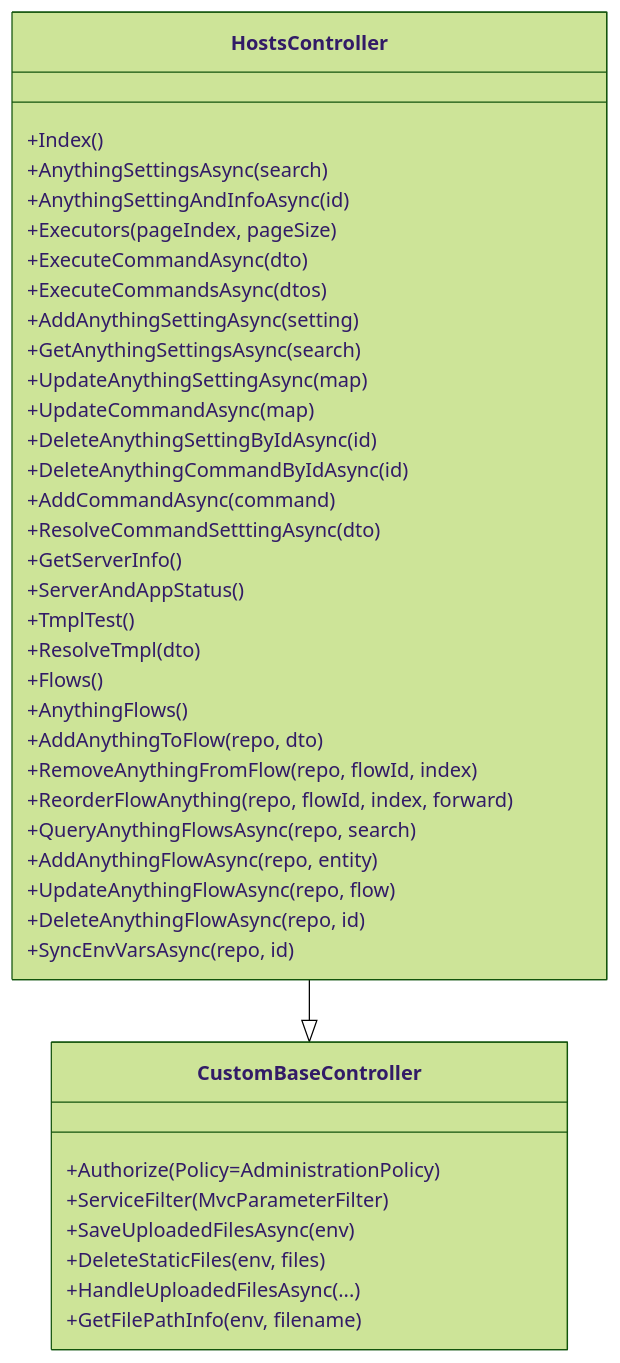
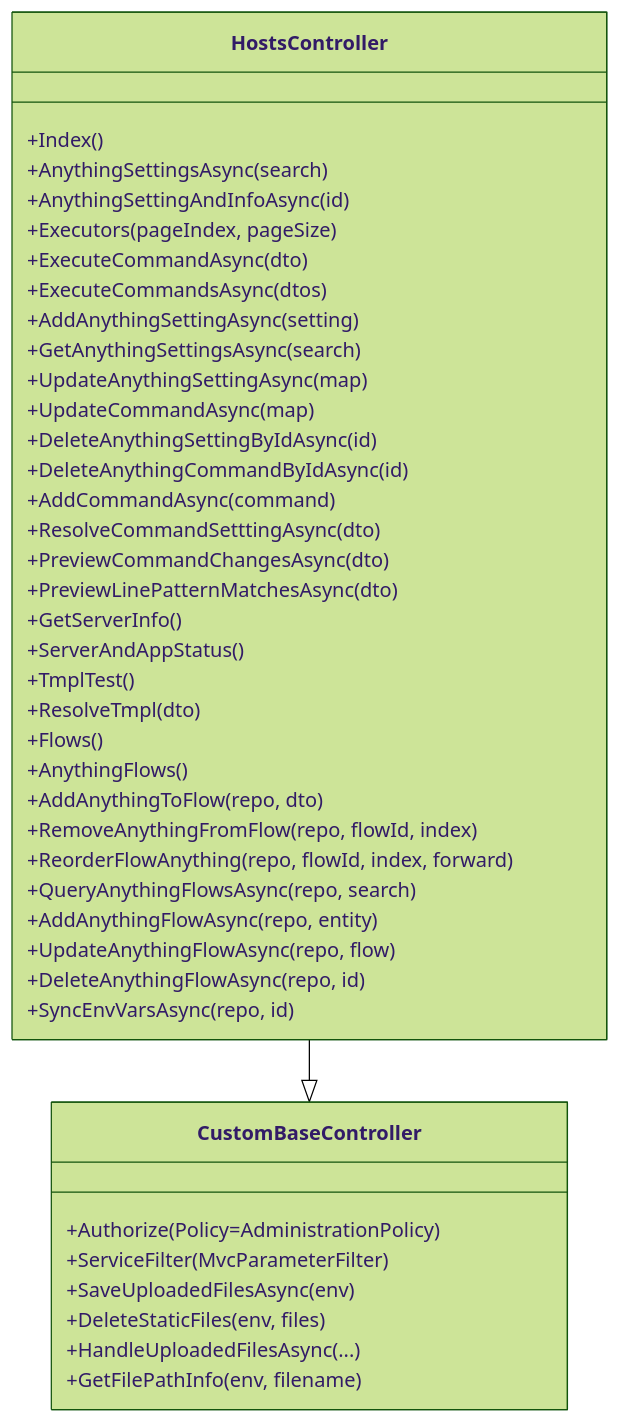
The third of 8 diagrams in .qoder/repowiki/zh/content/项目概述/核心特性/远程主机管理/控制器集成接口.md (Sosososolong/AirGo), drawn with Mermaid (forest theme) before and after one commit. The commit also changed other lines of this file and 12 other files, not shown here.

````diff
--- a/.qoder/repowiki/zh/content/项目概述/核心特性/远程主机管理/控制器集成接口.md
+++ b/.qoder/repowiki/zh/content/项目概述/核心特性/远程主机管理/控制器集成接口.md
@@ -153,42 +182,44 @@
 ```mermaid
 classDiagram
 class CustomBaseController {
 +Authorize(Policy=AdministrationPolicy)
 +ServiceFilter(MvcParameterFilter)
 +SaveUploadedFilesAsync(env)
 +DeleteStaticFiles(env, files)
 +HandleUploadedFilesAsync(...)
 +GetFilePathInfo(env, filename)
 }
 class HostsController {
 +Index()
 +AnythingSettingsAsync(search)
 +AnythingSettingAndInfoAsync(id)
 +Executors(pageIndex, pageSize)
 +ExecuteCommandAsync(dto)
 +ExecuteCommandsAsync(dtos)
 +AddAnythingSettingAsync(setting)
 +GetAnythingSettingsAsync(search)
 +UpdateAnythingSettingAsync(map)
 +UpdateCommandAsync(map)
 +DeleteAnythingSettingByIdAsync(id)
 +DeleteAnythingCommandByIdAsync(id)
 +AddCommandAsync(command)
 +ResolveCommandSetttingAsync(dto)
++PreviewCommandChangesAsync(dto)
++PreviewLinePatternMatchesAsync(dto)
 +GetServerInfo()
 +ServerAndAppStatus()
 +TmplTest()
 +ResolveTmpl(dto)
 +Flows()
 +AnythingFlows()
 +AddAnythingToFlow(repo, dto)
 +RemoveAnythingFromFlow(repo, flowId, index)
 +ReorderFlowAnything(repo, flowId, index, forward)
 +QueryAnythingFlowsAsync(repo, search)
 +AddAnythingFlowAsync(repo, entity)
 +UpdateAnythingFlowAsync(repo, flow)
 +DeleteAnythingFlowAsync(repo, id)
 +SyncEnvVarsAsync(repo, id)
 }
 HostsController --|> CustomBaseController
 ```
````
